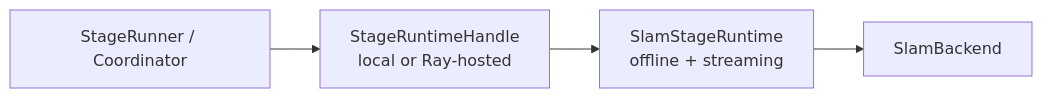
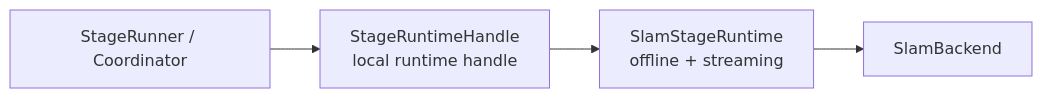
One commit to JanDuchscherer104/prml-vslam changed the seventh of 18 diagrams in docs/architecture/pipeline-stage-refactor-target.md. Above: the diagram before and after it, drawn with Mermaid. The commit also changed other lines of this file and 19 other files, not shown here.

Commit message:
docs: migrate stage architecture to package readmes

````diff
--- a/docs/architecture/pipeline-stage-refactor-target.md
+++ b/docs/architecture/pipeline-stage-refactor-target.md
@@ -879,9 +880,9 @@
 ```mermaid
 flowchart LR
     Runner["StageRunner / Coordinator"]
-    Proxy["StageRuntimeHandle<br/>local or Ray-hosted"]
+    Proxy["StageRuntimeHandle<br/>local runtime handle"]
     SlamRuntime["SlamStageRuntime<br/>offline + streaming"]
     SlamBackend["SlamBackend"]
 
     Runner --> Proxy --> SlamRuntime --> SlamBackend
 ```
````
